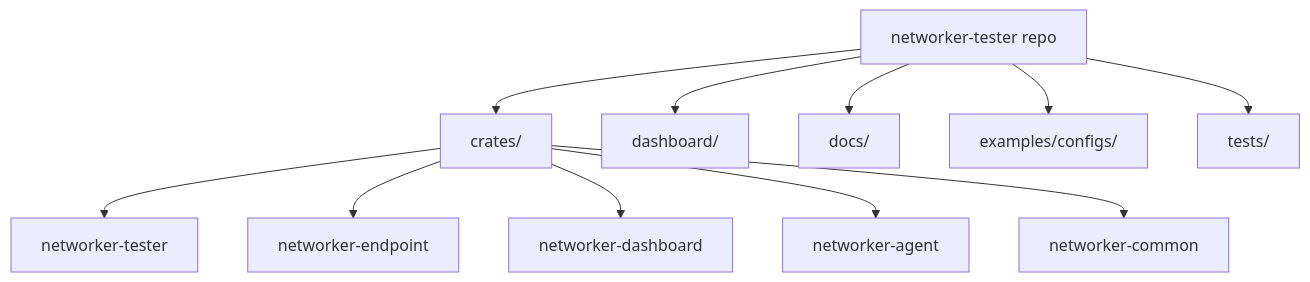
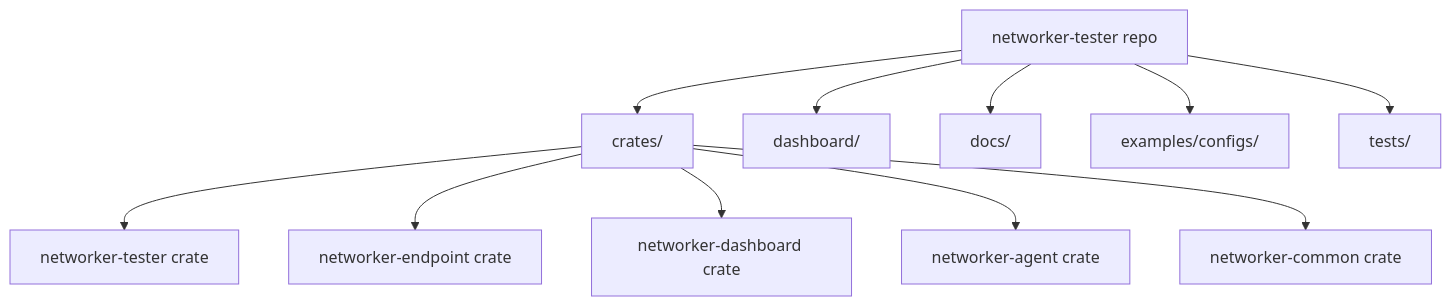
Before and after one commit to irlm/networker-tester: the fourth of 4 diagrams in docs/architecture.md, drawn with Mermaid. The commit also changed other lines of this file and 1 other file, not shown here.

Commit message:
docs: simplify mermaid diagrams for github rendering

````diff
--- a/docs/architecture.md
+++ b/docs/architecture.md
@@ -99,15 +101,15 @@
 ```mermaid
 flowchart TD
     Repo["networker-tester repo"]
     Repo --> Crates["crates/"]
     Repo --> Frontend["dashboard/"]
     Repo --> Docs["docs/"]
     Repo --> Samples["examples/configs/"]
     Repo --> Tests["tests/"]
 
-    Crates --> Tester["networker-tester"]
-    Crates --> Endpoint["networker-endpoint"]
-    Crates --> Dashboard["networker-dashboard"]
-    Crates --> Agent["networker-agent"]
-    Crates --> Common["networker-common"]
+    Crates --> Tester["networker-tester crate"]
+    Crates --> Endpoint["networker-endpoint crate"]
+    Crates --> Dashboard["networker-dashboard crate"]
+    Crates --> Agent["networker-agent crate"]
+    Crates --> Common["networker-common crate"]
 ```
````
